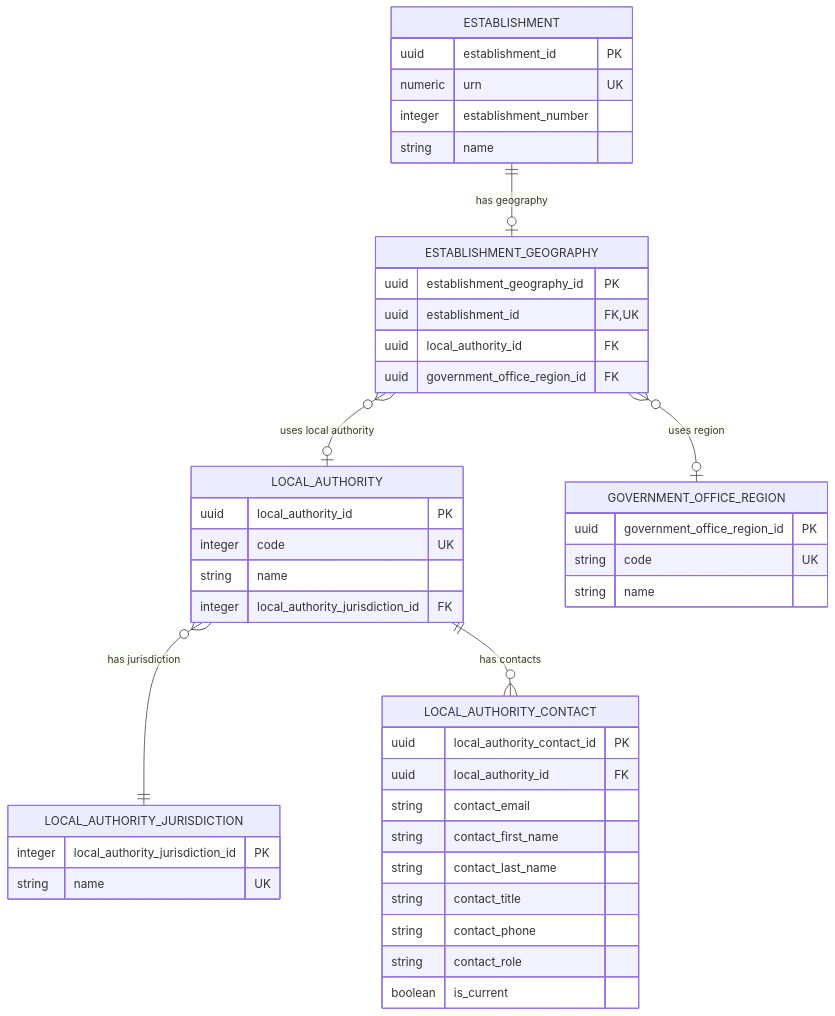
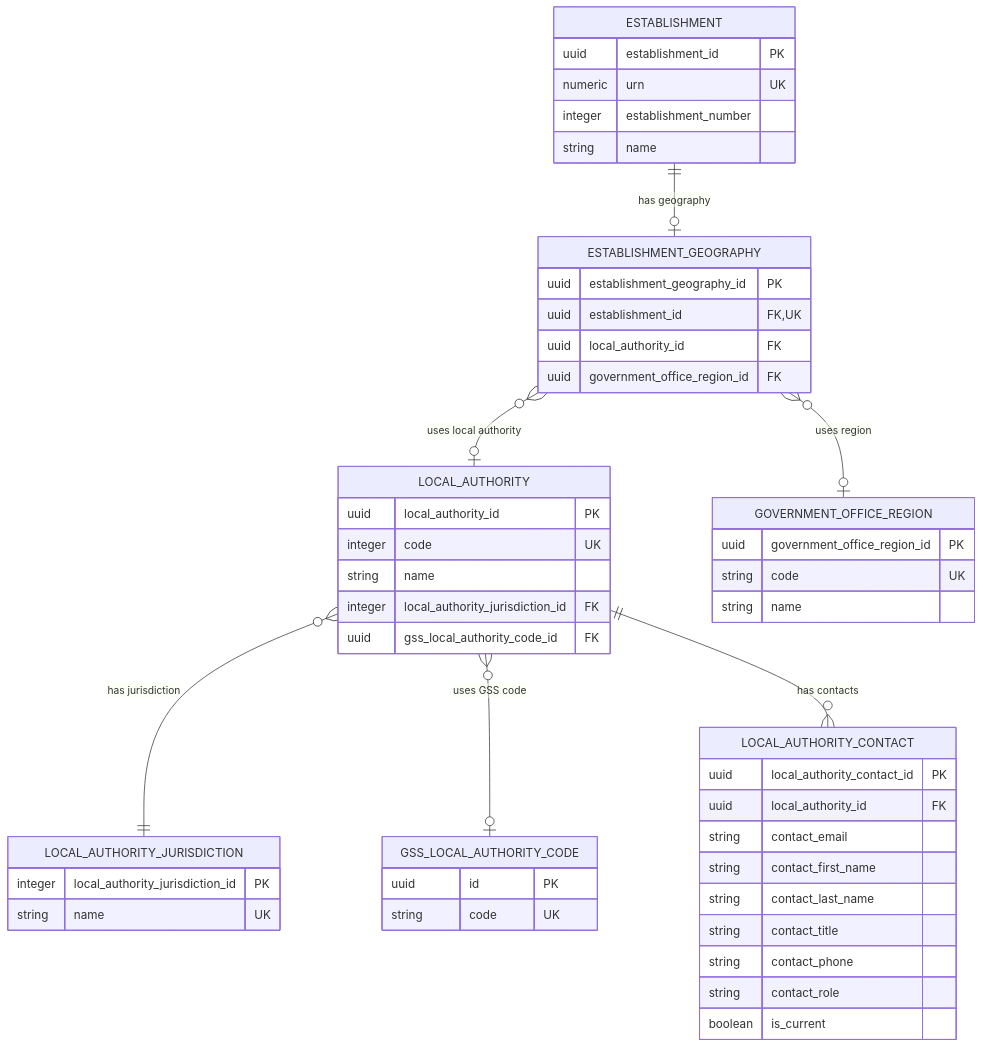
One commit to DFE-Digital/education-provider-registry-docs changed the diagram in models/logical/establishment/geography.md. Above: the diagram before and after it, drawn with Mermaid. The commit also changed other lines of this file and 24 other files, not shown here.

````diff
--- a/models/logical/establishment/geography.md
+++ b/models/logical/establishment/geography.md
@@ -41,52 +43,59 @@
 ```mermaid
 erDiagram
     ESTABLISHMENT ||--o| ESTABLISHMENT_GEOGRAPHY : "has geography"
     ESTABLISHMENT_GEOGRAPHY }o--o| LOCAL_AUTHORITY : "uses local authority"
     ESTABLISHMENT_GEOGRAPHY }o--o| GOVERNMENT_OFFICE_REGION : "uses region"
     LOCAL_AUTHORITY }o--|| LOCAL_AUTHORITY_JURISDICTION : "has jurisdiction"
+    LOCAL_AUTHORITY }o--o| GSS_LOCAL_AUTHORITY_CODE : "uses GSS code"
     LOCAL_AUTHORITY ||--o{ LOCAL_AUTHORITY_CONTACT : "has contacts"
 
     ESTABLISHMENT {
         uuid establishment_id PK
         numeric urn UK
         integer establishment_number
         string name
     }
 
     ESTABLISHMENT_GEOGRAPHY {
         uuid establishment_geography_id PK
         uuid establishment_id FK, UK
         uuid local_authority_id FK
         uuid government_office_region_id FK
     }
 
     GOVERNMENT_OFFICE_REGION {
         uuid government_office_region_id PK
         string code UK
         string name
     }
 
     LOCAL_AUTHORITY {
         uuid local_authority_id PK
         integer code UK
         string name
         integer local_authority_jurisdiction_id FK
+        uuid gss_local_authority_code_id FK
+    }
+
+    GSS_LOCAL_AUTHORITY_CODE {
+        uuid id PK
+        string code UK
     }
 
     LOCAL_AUTHORITY_CONTACT {
         uuid local_authority_contact_id PK
         uuid local_authority_id FK
         string contact_email
         string contact_first_name
         string contact_last_name
         string contact_title
         string contact_phone
         string contact_role
         boolean is_current
     }
 
     LOCAL_AUTHORITY_JURISDICTION {
         integer local_authority_jurisdiction_id PK
         string name UK
     }
 ```
````
